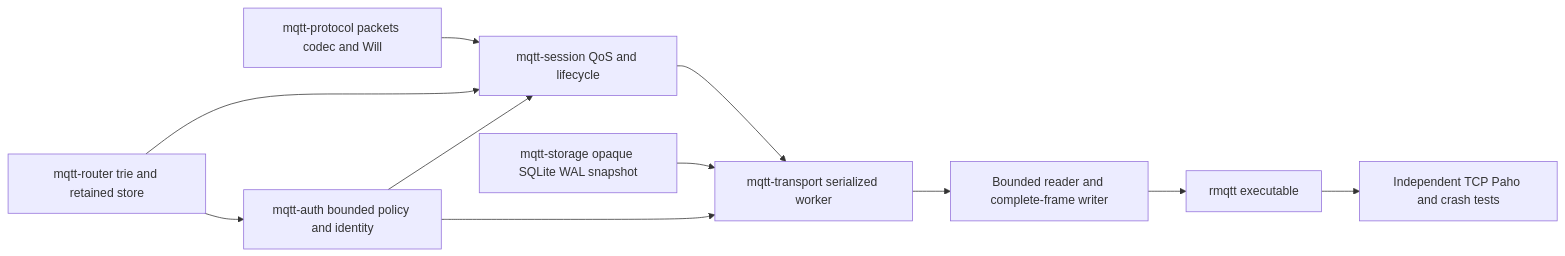
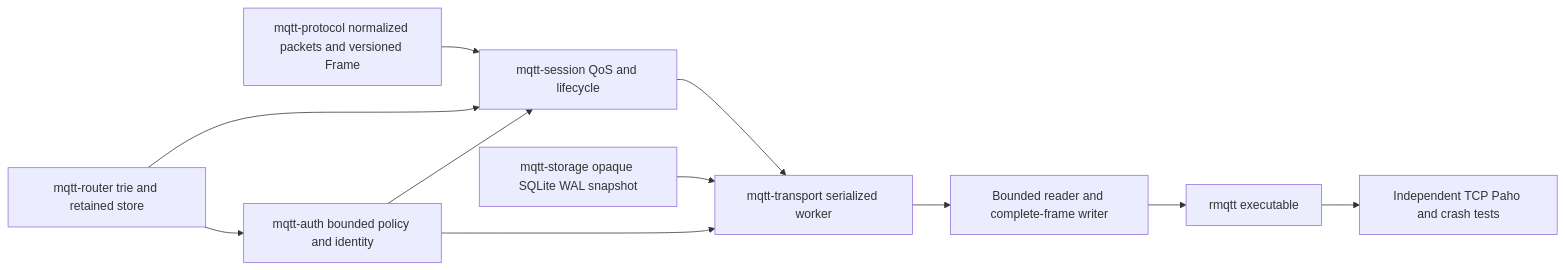
One commit to lyrnor/lyrnormq changed the diagram in docs/architecture.md. Above: the diagram before and after it, drawn with Mermaid. The commit also changed other lines of this file and 5 other files, not shown here.

````diff
--- a/docs/architecture.md
+++ b/docs/architecture.md
@@ -12,13 +12,13 @@
 ```mermaid
 graph LR
-  Protocol[mqtt-protocol packets codec and Will] --> Model[mqtt-session QoS and lifecycle]
+  Protocol[mqtt-protocol normalized packets and versioned Frame] --> Model[mqtt-session QoS and lifecycle]
   Router[mqtt-router trie and retained store] --> Model
   Router --> Auth[mqtt-auth bounded policy and identity]
   Auth --> Model
   Auth --> Worker
   Model --> Worker[mqtt-transport serialized worker]
   Storage[mqtt-storage opaque SQLite WAL snapshot] --> Worker
   Worker --> Network[Bounded reader and complete-frame writer]
   Network --> CLI[rmqtt executable]
   CLI --> QA[Independent TCP Paho and crash tests]
 ```
````
